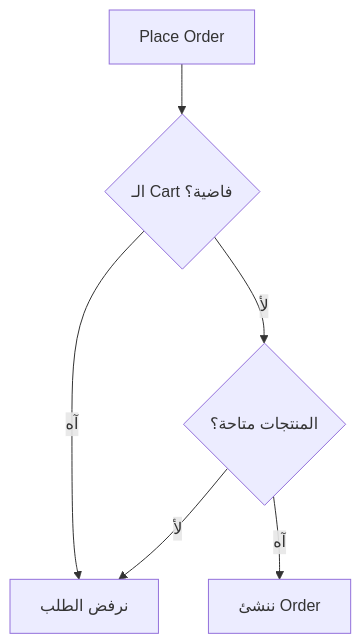
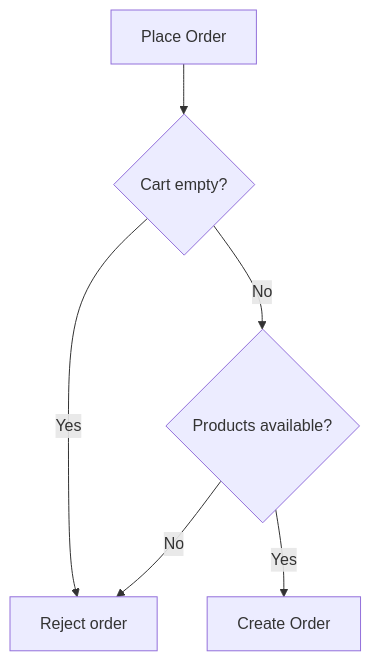
One commit to Mohamed-Shahata/Beyond-the-Code changed the diagram in Part-01-SRS/03-how-to-read-srs.md. Above: the diagram before and after it, drawn with Mermaid. The commit also changed other lines of this file and 7 other files, not shown here.

Commit message:
Add RTL support to markdown files and refine diagrams

````diff
--- a/Part-01-SRS/03-how-to-read-srs.md
+++ b/Part-01-SRS/03-how-to-read-srs.md
@@ -27,8 +29,8 @@
 ```mermaid
 flowchart TD
-    A["Place Order"] --> B{"الـ Cart فاضية؟"}
-    B -- "آه" --> X["نرفض الطلب"]
-    B -- "لأ" --> C{"المنتجات متاحة؟"}
-    C -- "لأ" --> X
-    C -- "آه" --> D["ننشئ Order"]
+    A["Place Order"] --> B{"Cart empty?"}
+    B -- "Yes" --> X["Reject order"]
+    B -- "No" --> C{"Products available?"}
+    C -- "No" --> X
+    C -- "Yes" --> D["Create Order"]
 ```
````
